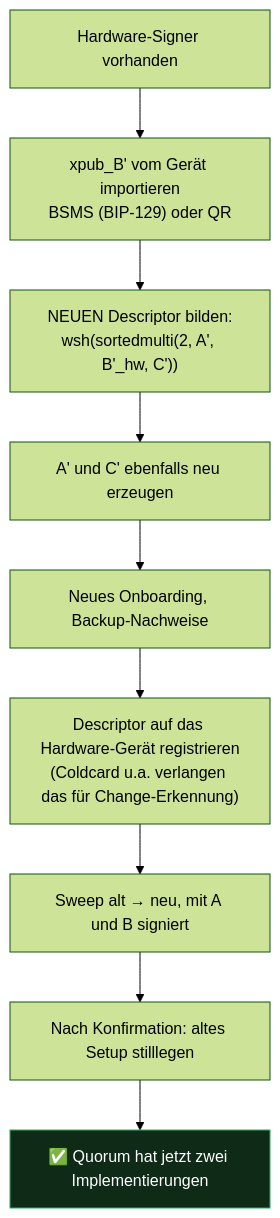
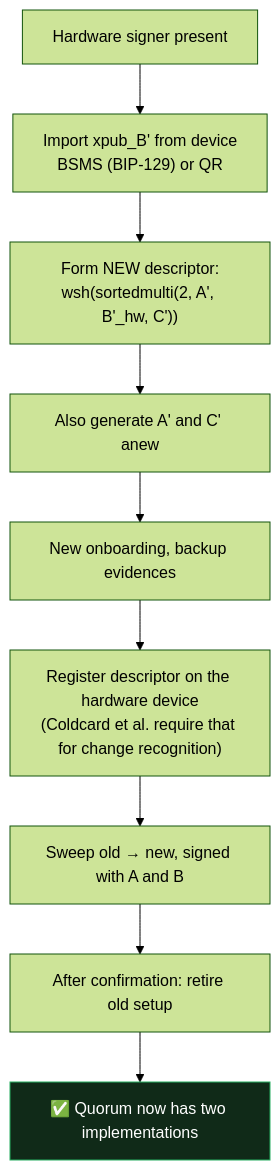
One commit to joshuakrueger-dfx/Bitcoin-Trinity changed the ninth of 9 diagrams in docs/SPECIFICATION.md. Above: the diagram before and after it, drawn with Mermaid (forest theme). The commit also changed other lines of this file and 28 other files, not shown here.

````diff
--- a/docs/SPECIFICATION.md
+++ b/docs/SPECIFICATION.md
@@ -1913,13 +1913,13 @@
 ```mermaid
 flowchart TD
-    D0["Hardware-Signer vorhanden"] --> D1["xpub_B' vom Gerät importieren<br/>BSMS (BIP-129) oder QR"]
-    D1 --> D2["NEUEN Descriptor bilden:<br/>wsh(sortedmulti(2, A', B'_hw, C'))"]
-    D2 --> D3["A' und C' ebenfalls neu erzeugen"]
-    D3 --> D4["Neues Onboarding, Backup-Nachweise"]
-    D4 --> D5["Descriptor auf das Hardware-Gerät registrieren<br/>(Coldcard u.a. verlangen das für Change-Erkennung)"]
-    D5 --> D6["Sweep alt → neu, mit A und B signiert"]
-    D6 --> D7["Nach Konfirmation: altes Setup stilllegen"]
-    D7 --> D8["✅ Quorum hat jetzt zwei Implementierungen"]
+    D0["Hardware signer present"] --> D1["Import xpub_B' from device<br/>BSMS (BIP-129) or QR"]
+    D1 --> D2["Form NEW descriptor:<br/>wsh(sortedmulti(2, A', B'_hw, C'))"]
+    D2 --> D3["Also generate A' and C' anew"]
+    D3 --> D4["New onboarding, backup evidences"]
+    D4 --> D5["Register descriptor on the hardware device<br/>(Coldcard et al. require that for change recognition)"]
+    D5 --> D6["Sweep old → new, signed with A and B"]
+    D6 --> D7["After confirmation: retire old setup"]
+    D7 --> D8["✅ Quorum now has two implementations"]
 
     style D8 fill:#102a18,stroke:#27ae60,color:#fff
 ```
````
